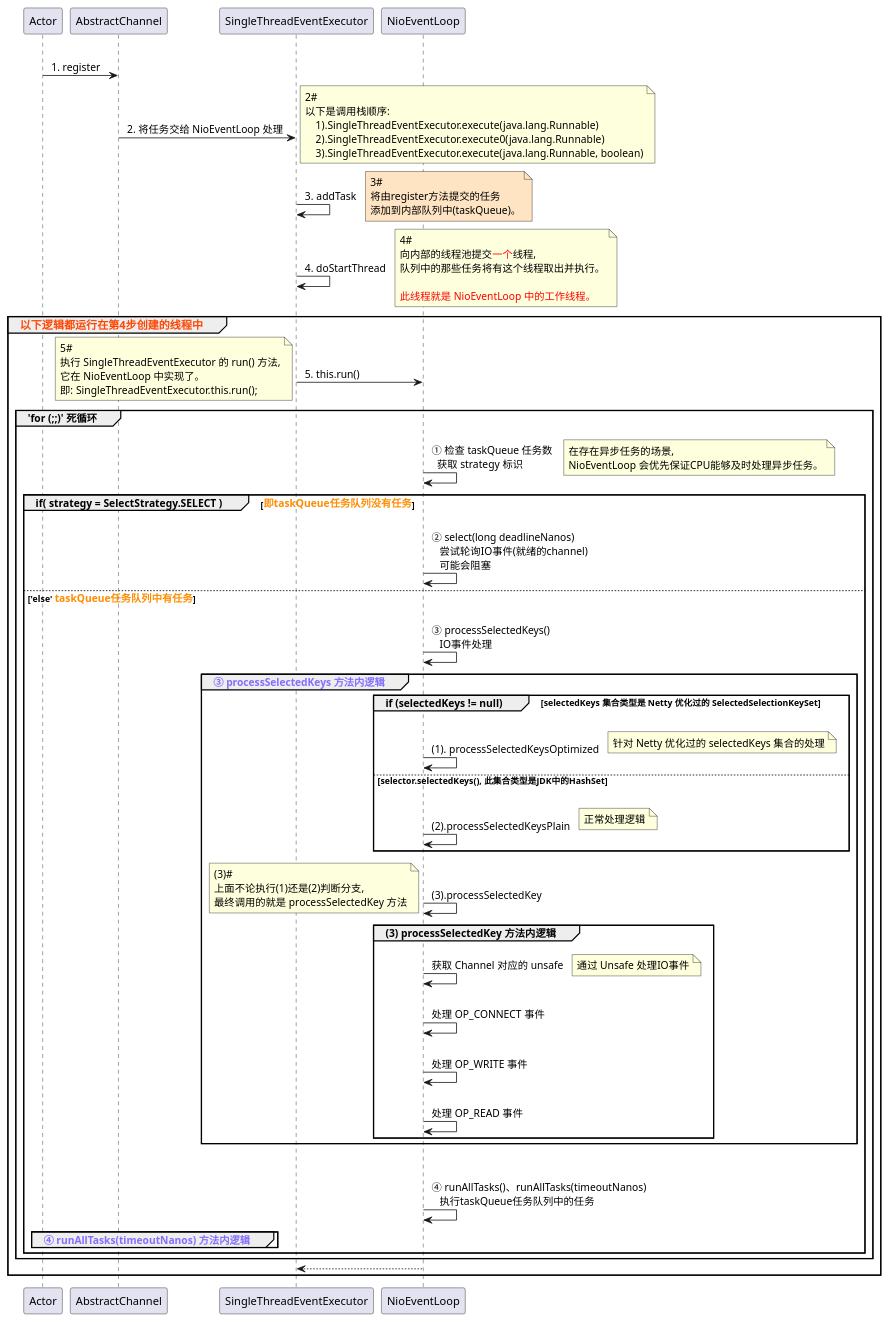
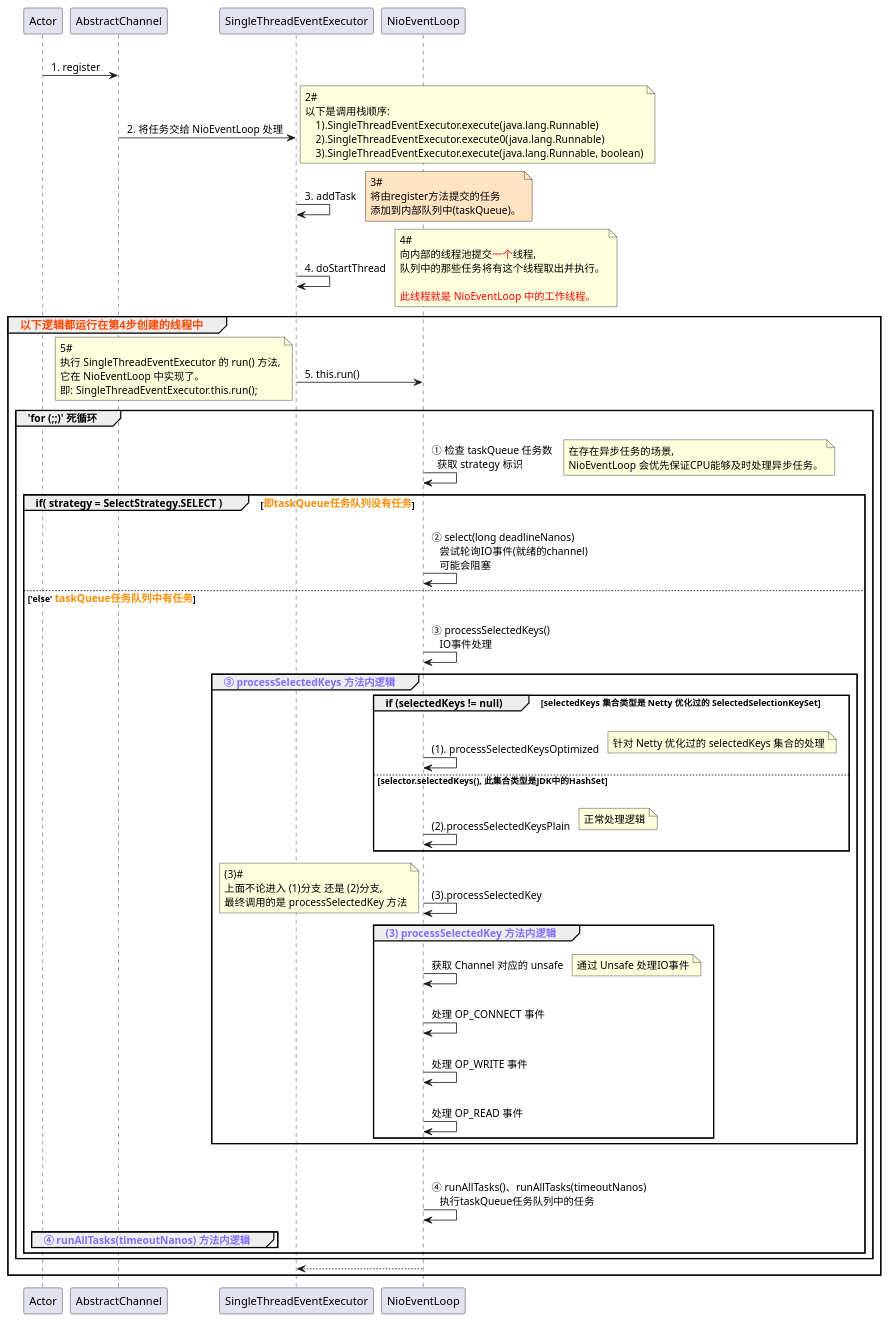
Before and after one commit to Simba-cheng/netty: the diagram in puml/NioEventLoop#run.puml, drawn with PlantUML.

Commit message:
refactor(code): 源码添加注释、流程图、类图

```diff
--- a/puml/NioEventLoop#run.puml
+++ b/puml/NioEventLoop#run.puml
@@ -2,95 +2,95 @@
 @startuml participant
 
 Actor -> AbstractChannel: \n 1. register
 
 AbstractChannel -> SingleThreadEventExecutor: \n 2. 将任务交给 NioEventLoop 处理
 note right
 2#
 以下是调用栈顺序:
     1).SingleThreadEventExecutor.execute(java.lang.Runnable)
     2).SingleThreadEventExecutor.execute0(java.lang.Runnable)
     3).SingleThreadEventExecutor.execute(java.lang.Runnable, boolean)
 end note
 
 SingleThreadEventExecutor -> SingleThreadEventExecutor: \n 3. addTask
 note right #FFE4C4
 3#
 将由register方法提交的任务
 添加到内部队列中(taskQueue)。
 end note
 
 SingleThreadEventExecutor -> SingleThreadEventExecutor: \n 4. doStartThread
 note right
 4#
 向内部的线程池提交<color:#FF0000>一个</color>线程,
 队列中的那些任务将有这个线程取出并执行。
 
 <color:#FF0000>此线程就是 NioEventLoop 中的工作线程。</color>
 end note
 
 group <size:14><color:#FF4500>以下逻辑都运行在第4步创建的线程中</color></size>
 
 SingleThreadEventExecutor -> NioEventLoop: \n 5. this.run()
 note left
 5#
 执行 SingleThreadEventExecutor 的 run() 方法,
 它在 NioEventLoop 中实现了。
 即: SingleThreadEventExecutor.this.run();
 end note
 
 ' ----- 分割线 -----
 group 'for (;;)' 死循环
     NioEventLoop -> NioEventLoop: \n ① 检查 taskQueue 任务数 \n   获取 strategy 标识
     note right
     在存在异步任务的场景,
     NioEventLoop 会优先保证CPU能够及时处理异步任务。
     end note
 
     group if( strategy = SelectStrategy.SELECT ) [<size:13><color:#FF8C00>即taskQueue任务队列没有任务</color></size>]
         NioEventLoop -> NioEventLoop: \n ② select(long deadlineNanos) \n    尝试轮询IO事件(就绪的channel) \n    可能会阻塞
     else 'else' <size:13><color:#FF8C00>taskQueue任务队列中有任务</color></size>
 
         NioEventLoop -> NioEventLoop: \n ③ processSelectedKeys() \n    IO事件处理
         group <color:#836FFF>③ processSelectedKeys 方法内逻辑</color>
 
             group if (selectedKeys != null) [selectedKeys 集合类型是 Netty 优化过的 SelectedSelectionKeySet]
                 NioEventLoop -> NioEventLoop: \n\n (1). processSelectedKeysOptimized
                 note right
                 针对 Netty 优化过的 selectedKeys 集合的处理
                 end note
             else selector.selectedKeys(), 此集合类型是JDK中的HashSet
                 NioEventLoop -> NioEventLoop: \n\n (2).processSelectedKeysPlain
                 note right
                 正常处理逻辑
                 end note
             end
 
             NioEventLoop -> NioEventLoop: \n\n (3).processSelectedKey
             note left
             (3)#
-            上面不论执行(1)还是(2)判断分支,
-            最终调用的就是 processSelectedKey 方法
+            上面不论进入 (1)分支 还是 (2)分支,
+            最终调用的是 processSelectedKey 方法
             end note
-            group (3) processSelectedKey 方法内逻辑
+            group <color:#836FFF>(3) processSelectedKey 方法内逻辑</color>
                 NioEventLoop -> NioEventLoop: \n 获取 Channel 对应的 unsafe
                 note right
                 通过 Unsafe 处理IO事件
                 end note
                 NioEventLoop -> NioEventLoop: \n 处理 OP_CONNECT 事件
                 NioEventLoop -> NioEventLoop: \n 处理 OP_WRITE 事件
                 NioEventLoop -> NioEventLoop: \n 处理 OP_READ 事件
             end
 
         end
 
         NioEventLoop -> NioEventLoop: \n\n ④ runAllTasks()、runAllTasks(timeoutNanos) \n    执行taskQueue任务队列中的任务
         group <color:#836FFF>④ runAllTasks(timeoutNanos) 方法内逻辑</color>
         end
     end
 end
 ' ----- 分割线 -----
 
 
 SingleThreadEventExecutor <-- NioEventLoop
 end
 @enduml
```
